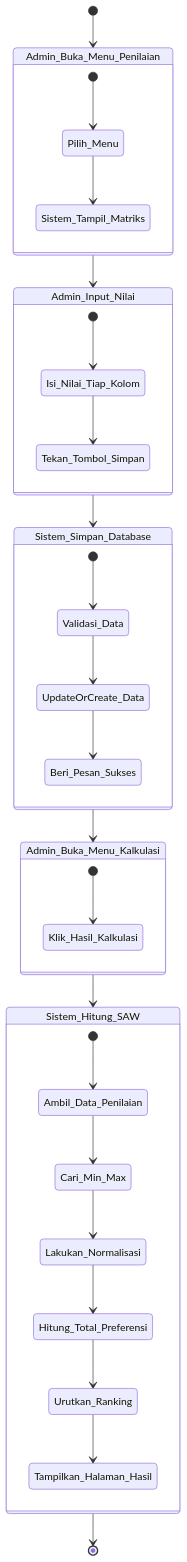
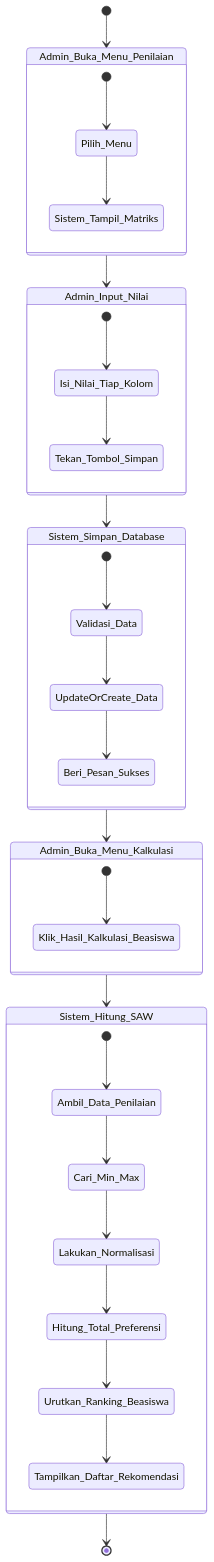
The diagram in rancangan_sistem/activity_diagram.md (pujo698/tugas-spk), drawn with Mermaid before and after one commit. The commit also changed other lines of this file and 15 other files, not shown here.

Commit message:
docs: update documentation to reflect DSS Rekomendasi Penerima Beasiswa Akademik

````diff
--- a/rancangan_sistem/activity_diagram.md
+++ b/rancangan_sistem/activity_diagram.md
@@ -5,43 +5,43 @@
 ```mermaid
 stateDiagram-v2
     [*] --> Admin_Buka_Menu_Penilaian
 
     state Admin_Buka_Menu_Penilaian {
         [*] --> Pilih_Menu
         Pilih_Menu --> Sistem_Tampil_Matriks
     }
 
     Admin_Buka_Menu_Penilaian --> Admin_Input_Nilai
 
     state Admin_Input_Nilai {
         [*] --> Isi_Nilai_Tiap_Kolom
         Isi_Nilai_Tiap_Kolom --> Tekan_Tombol_Simpan
     }
 
     Admin_Input_Nilai --> Sistem_Simpan_Database
 
     state Sistem_Simpan_Database {
         [*] --> Validasi_Data
         Validasi_Data --> UpdateOrCreate_Data
         UpdateOrCreate_Data --> Beri_Pesan_Sukses
     }
 
     Sistem_Simpan_Database --> Admin_Buka_Menu_Kalkulasi
 
     state Admin_Buka_Menu_Kalkulasi {
-        [*] --> Klik_Hasil_Kalkulasi
+        [*] --> Klik_Hasil_Kalkulasi_Beasiswa
     }
 
     Admin_Buka_Menu_Kalkulasi --> Sistem_Hitung_SAW
 
     state Sistem_Hitung_SAW {
         [*] --> Ambil_Data_Penilaian
         Ambil_Data_Penilaian --> Cari_Min_Max
         Cari_Min_Max --> Lakukan_Normalisasi
         Lakukan_Normalisasi --> Hitung_Total_Preferensi
-        Hitung_Total_Preferensi --> Urutkan_Ranking
-        Urutkan_Ranking --> Tampilkan_Halaman_Hasil
+        Hitung_Total_Preferensi --> Urutkan_Ranking_Beasiswa
+        Urutkan_Ranking_Beasiswa --> Tampilkan_Daftar_Rekomendasi
     }
 
     Sistem_Hitung_SAW --> [*]
 ```
````
